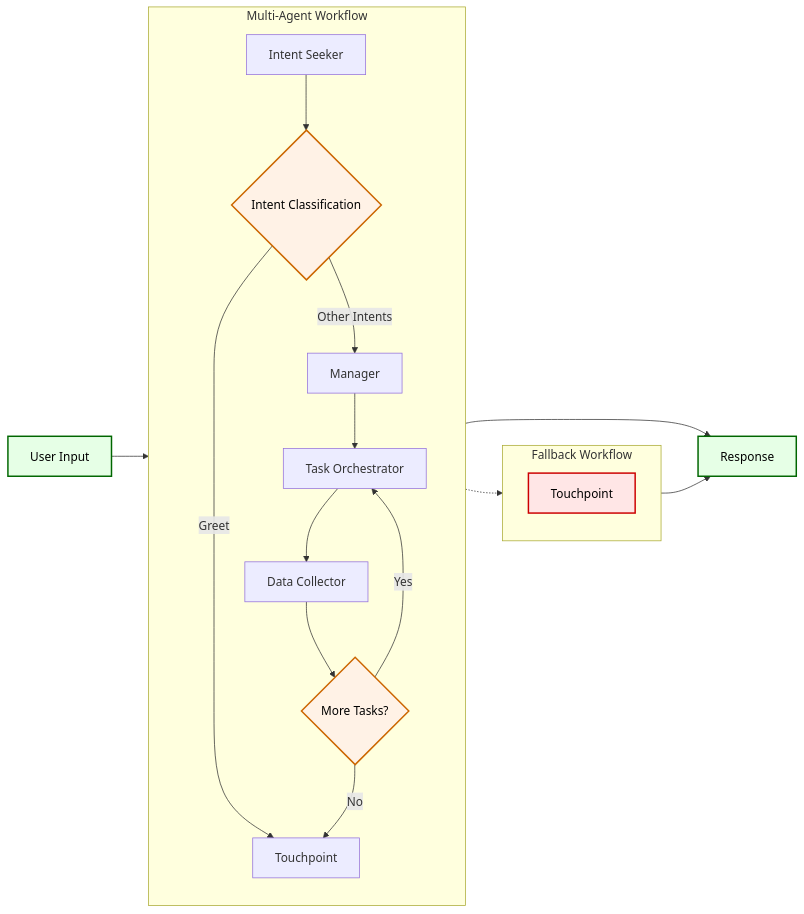
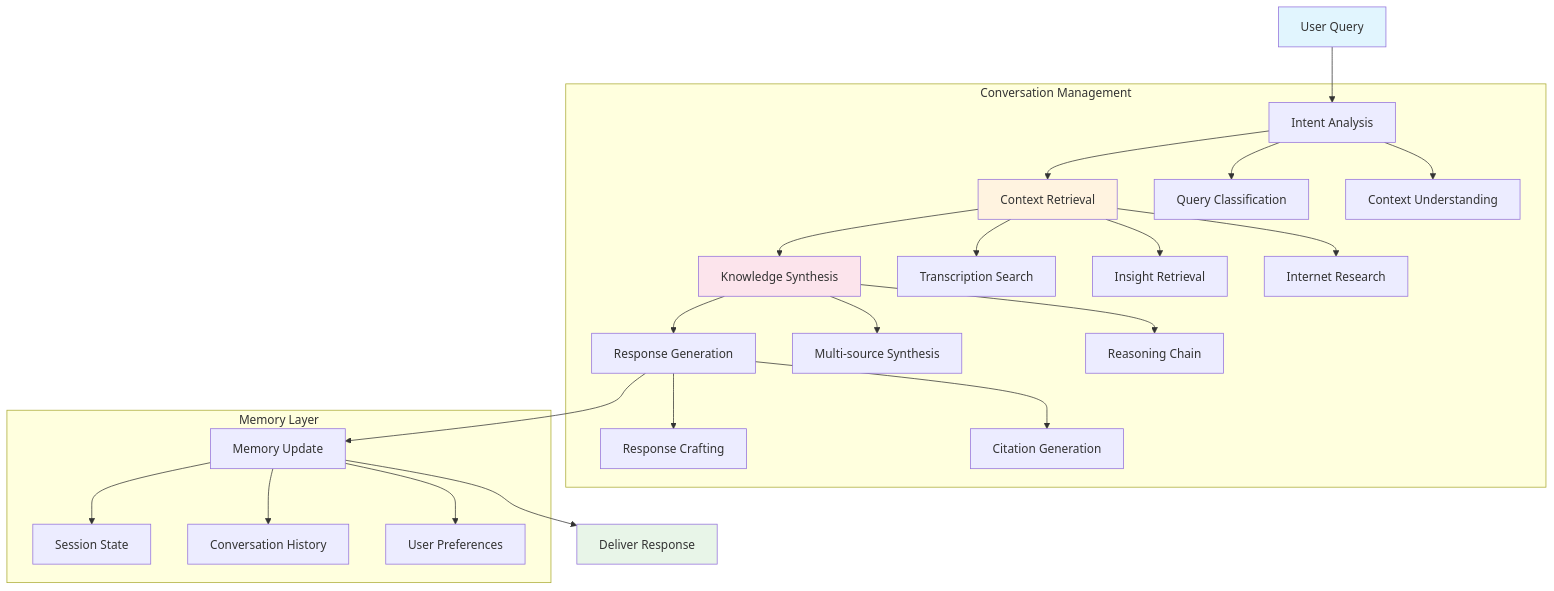
Before and after one commit to igorjpimenta/the-oracle: the third of 4 diagrams in README.md, drawn with Mermaid. The commit also changed other lines of this file, not shown here.

````diff
--- a/README.md
+++ b/README.md
@@ -481,30 +129,35 @@
 ```mermaid
-flowchart LR
-    A[User Input] --> W1
-
-    subgraph W1["Multi-Agent Workflow"]
-        B[Intent Seeker] --> C{Intent Classification}
-        C -->|Greet| D[Touchpoint]
-        C -->|Other Intents| E[Manager]
-        E --> F[Task Orchestrator]
-        F --> G[Data Collector]
-        G --> H{More Tasks?}
-        H -->|Yes| F
-        H -->|No| D
+flowchart TD
+    A[User Query] --> B[Intent Analysis]
+    B --> C[Context Retrieval]
+    C --> D[Knowledge Synthesis]
+    D --> E[Response Generation]
+    E --> F[Memory Update]
+    F --> G[Deliver Response]
+    
+    subgraph "Conversation Management"
+        B --> B1[Query Classification]
+        B --> B2[Context Understanding]
+        
+        C --> C1[Transcription Search]
+        C --> C2[Insight Retrieval]
+        C --> C3[Internet Research]
+        
+        D --> D1[Multi-source Synthesis]
+        D --> D2[Reasoning Chain]
+        
+        E --> E1[Response Crafting]
+        E --> E2[Citation Generation]
     end
-
-    subgraph W2["Fallback Workflow"]
-        I["Touchpoint"]
+    
+    subgraph "Memory Layer"
+        F --> M1[Session State]
+        F --> M2[Conversation History]
+        F --> M3[User Preferences]
     end
-
-    W1 --> J[Response]
-    W1 -.-> W2
-    W2 --> J
-
-    %% Styling - Light/Dark mode compatible
-    style A fill:#e6ffe6,stroke:#006600,stroke-width:2px,color:#000
-    style J fill:#e6ffe6,stroke:#006600,stroke-width:2px,color:#000
-    style C fill:#fff2e6,stroke:#cc6600,stroke-width:2px,color:#000
-    style H fill:#fff2e6,stroke:#cc6600,stroke-width:2px,color:#000
-    style I fill:#ffe6e6,stroke:#cc0000,stroke-width:2px,color:#000
+    
+    style A fill:#e1f5fe
+    style G fill:#e8f5e8
+    style C fill:#fff3e0
+    style D fill:#fce4ec
 ```
````
